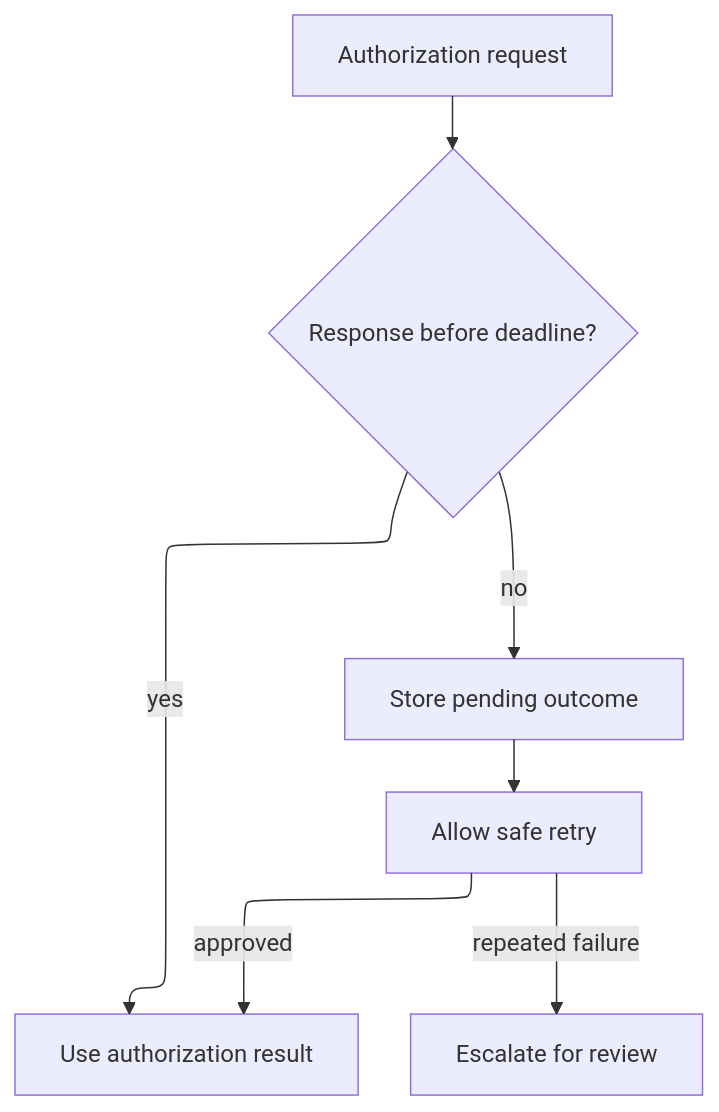
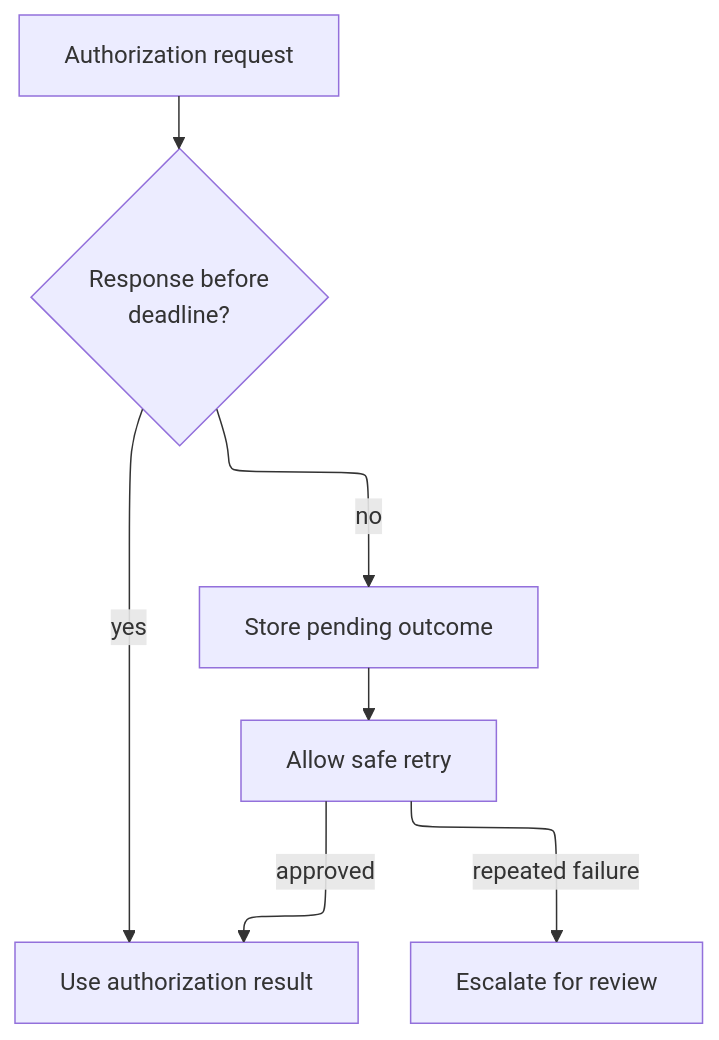
The seventh of 8 diagrams in skills/managing-as-is-document/diagram-examples.md (abstract-business-systems/as-is), drawn with Mermaid before and after one commit. The commit also changed other lines of this file and 47 other files, not shown here.

Commit message:
docs(diagrams): improve Mermaid readability validation

````diff
--- a/skills/managing-as-is-document/diagram-examples.md
+++ b/skills/managing-as-is-document/diagram-examples.md
@@ -233,13 +233,13 @@
 ```mermaid
 ---
 config:
   layout: elk
 ---
 flowchart TB
-    Request["Authorization request"] --> Timeout{"Response before deadline?"}
+    Request["Authorization request"] --> Timeout{"Response before<br/>deadline?"}
     Timeout -->|yes| Result["Use authorization result"]
     Timeout -->|no| Pending["Store pending outcome"]
     Pending --> Retry["Allow safe retry"]
     Retry -->|approved| Result
     Retry -->|repeated failure| Escalate["Escalate for review"]
 ```
````
